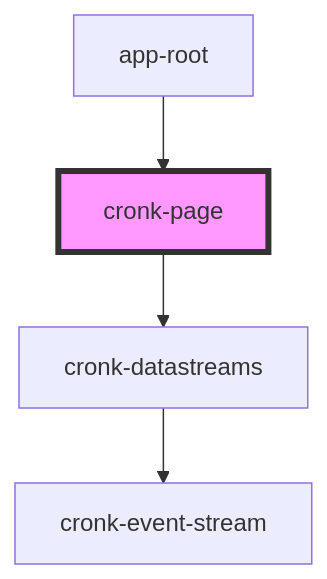
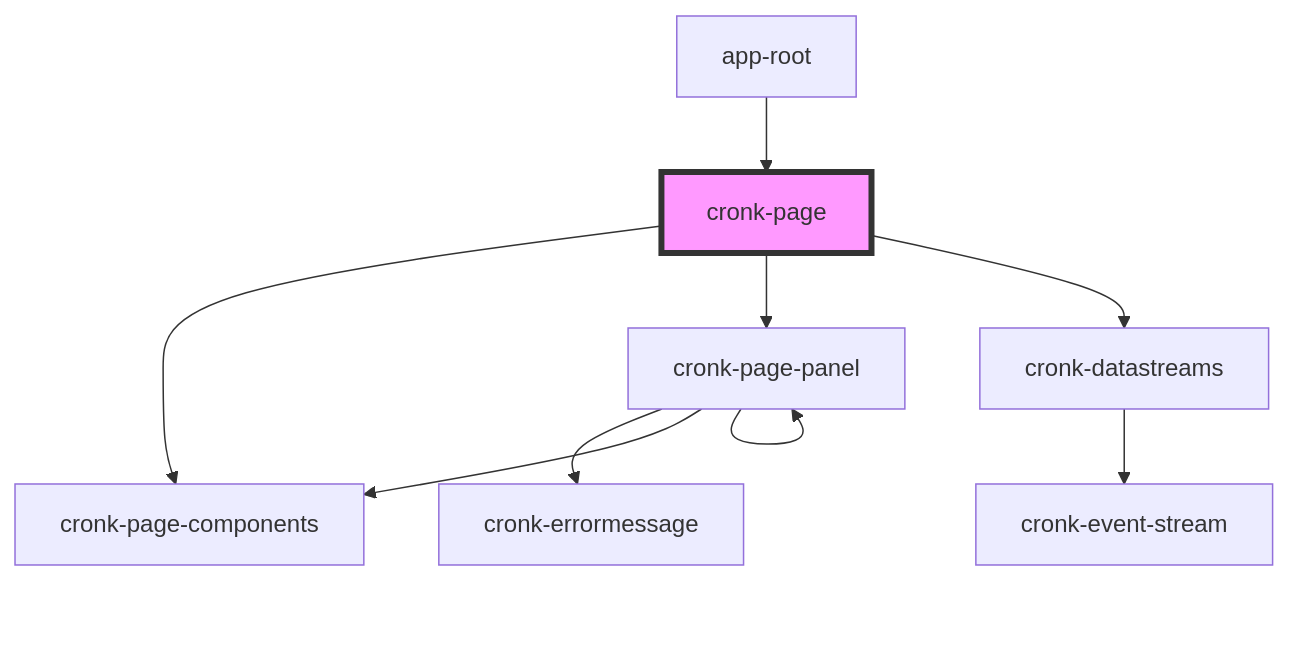
Before and after one commit to nanoporetech/cronkite: the diagram in src/components/cronk-page/readme.md, drawn with Mermaid. The commit also changed other lines of this file and 4 other files, not shown here.

````diff
--- a/src/components/cronk-page/readme.md
+++ b/src/components/cronk-page/readme.md
@@ -57,7 +59,12 @@
 ```mermaid
 graph TD;
+  cronk-page --> cronk-page-components
+  cronk-page --> cronk-page-panel
   cronk-page --> cronk-datastreams
+  cronk-page-panel --> cronk-errormessage
+  cronk-page-panel --> cronk-page-components
+  cronk-page-panel --> cronk-page-panel
   cronk-datastreams --> cronk-event-stream
   app-root --> cronk-page
   style cronk-page fill:#f9f,stroke:#333,stroke-width:4px
 ```
````
